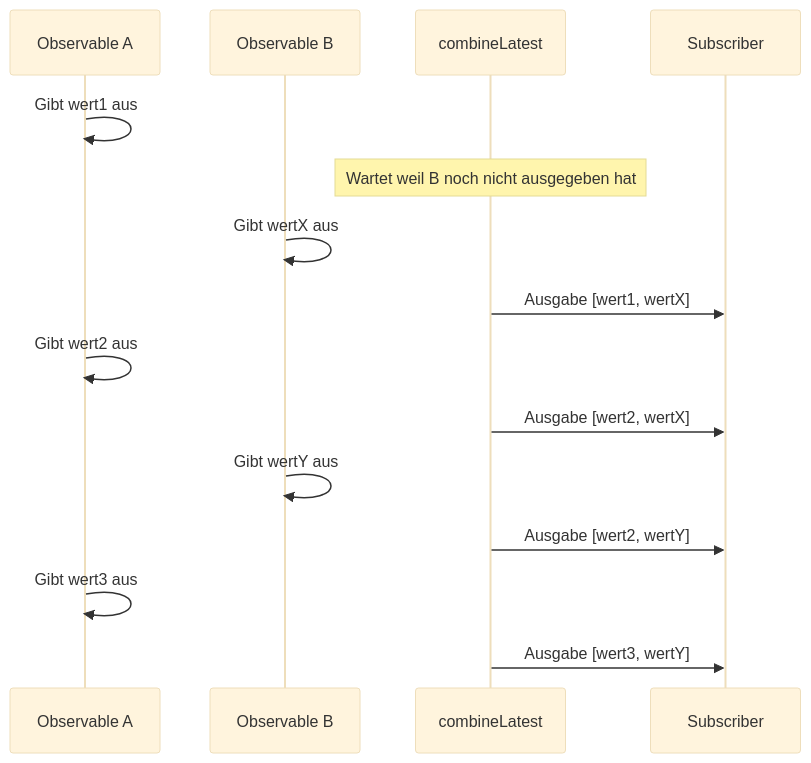
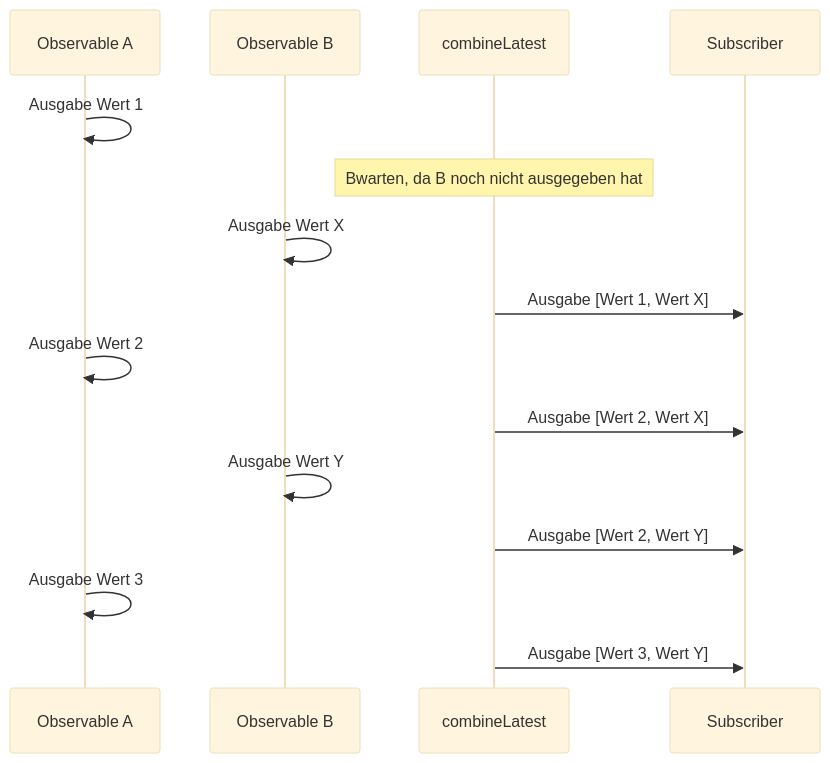
The second of 4 diagrams in docs/de/guide/creation-functions/combination/forkJoin-vs-combineLatest.md (shuji-bonji/RxJS-with-TypeScript), drawn with Mermaid (base theme) before and after one commit. The commit also changed other lines of this file and 6 other files, not shown here.

````diff
--- a/docs/de/guide/creation-functions/combination/forkJoin-vs-combineLatest.md
+++ b/docs/de/guide/creation-functions/combination/forkJoin-vs-combineLatest.md
@@ -54,18 +57,18 @@
 ```mermaid
 sequenceDiagram
     participant A as Observable A
     participant B as Observable B
     participant C as combineLatest
     participant S as Subscriber
 
-    A->>A: Gibt wert1 aus
-    Note over C: Wartet weil B noch nicht ausgegeben hat
-    B->>B: Gibt wertX aus
-    C->>S: Ausgabe [wert1, wertX]
-    A->>A: Gibt wert2 aus
-    C->>S: Ausgabe [wert2, wertX]
-    B->>B: Gibt wertY aus
-    C->>S: Ausgabe [wert2, wertY]
-    A->>A: Gibt wert3 aus
-    C->>S: Ausgabe [wert3, wertY]
+    A->>A: Ausgabe Wert 1
+    Note over C: Bwarten, da B noch nicht ausgegeben hat
+    B->>B: Ausgabe Wert X
+    C->>S: Ausgabe [Wert 1, Wert X]
+    A->>A: Ausgabe Wert 2
+    C->>S: Ausgabe [Wert 2, Wert X]
+    B->>B: Ausgabe Wert Y
+    C->>S: Ausgabe [Wert 2, Wert Y]
+    A->>A: Ausgabe Wert 3
+    C->>S: Ausgabe [Wert 3, Wert Y]
 ```
````
